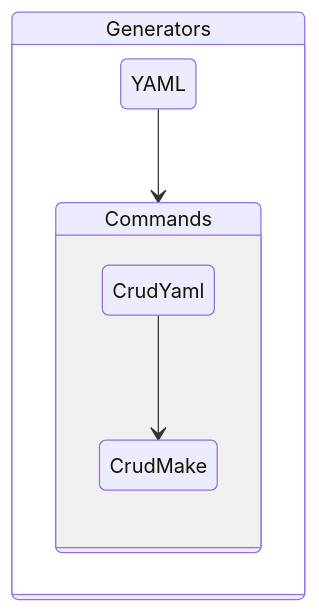
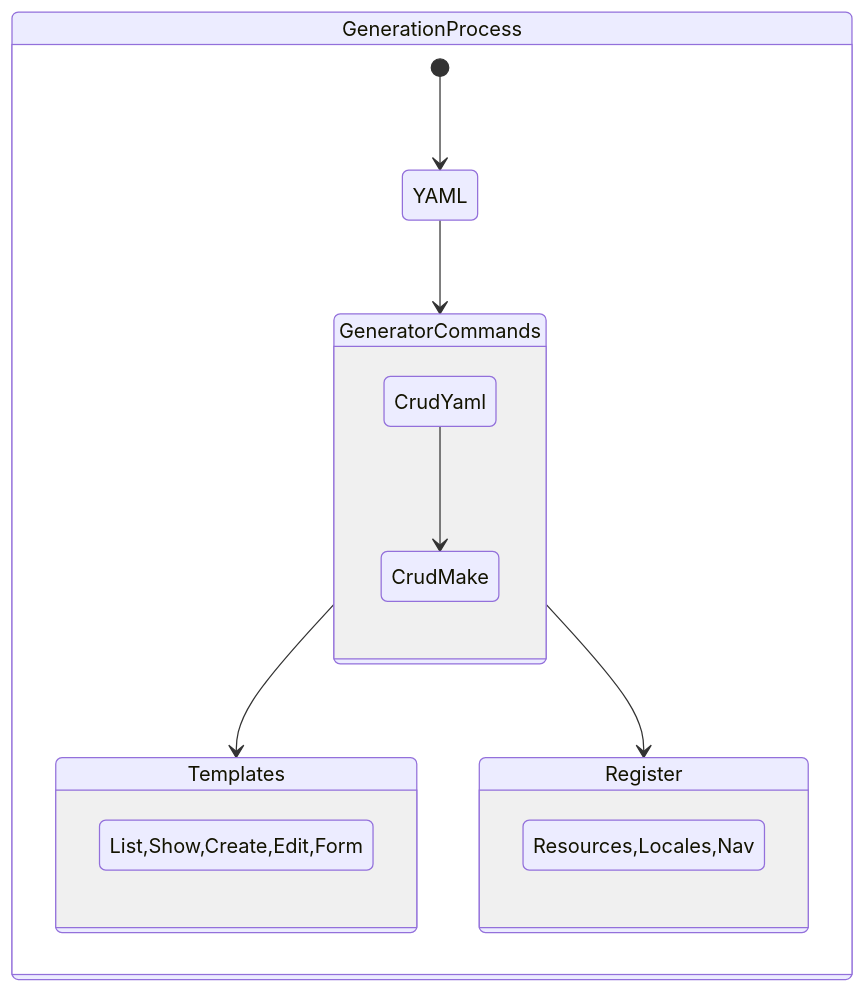
Before and after one commit to okami101/vuetify-admin: the diagram in packages/docs/.vuepress/public/diagrams/generators.mmd, drawn with Mermaid. The commit also changed 10 other files, not shown here.

```diff
--- a/packages/docs/.vuepress/public/diagrams/generators.mmd
+++ b/packages/docs/.vuepress/public/diagrams/generators.mmd
@@ -1,7 +1,16 @@
 stateDiagram
-  state Generators {
-    YAML --> Commands
-    state Commands {
-      CrudYaml --> CrudMake
-    }
+  state GenerationProcess {
+  [*] --> YAML
+  YAML --> GeneratorCommands
+  state GeneratorCommands {
+    CrudYaml --> CrudMake
   }
+  GeneratorCommands --> Templates
+  GeneratorCommands --> Register
+  state Templates {
+    List,Show,Create,Edit,Form
+  }
+  state Register {
+    Resources,Locales,Nav
+  }
+}
```
